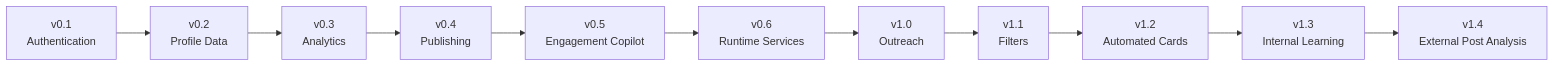
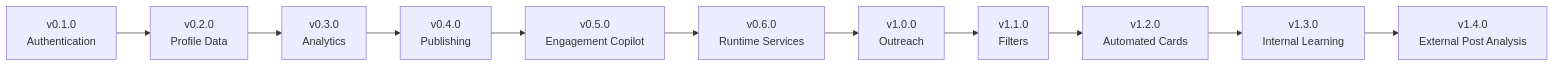
The second of 3 diagrams in README.md (ianmaciel7/linkedin-agent), drawn with Mermaid before and after one commit. The commit also changed other lines of this file and 6 other files, not shown here.

````diff
--- a/README.md
+++ b/README.md
@@ -124,13 +126,13 @@
 ```mermaid
 flowchart LR
-    V01[v0.1<br/>Authentication] --> V02[v0.2<br/>Profile Data]
-    V02 --> V03[v0.3<br/>Analytics]
-    V03 --> V04[v0.4<br/>Publishing]
-    V04 --> V05[v0.5<br/>Engagement Copilot]
-    V05 --> V06[v0.6<br/>Runtime Services]
-    V06 --> V10[v1.0<br/>Outreach]
-    V10 --> V11[v1.1<br/>Filters]
-    V11 --> V12[v1.2<br/>Automated Cards]
-    V12 --> V13[v1.3<br/>Internal Learning]
-    V13 --> V14[v1.4<br/>External Post Analysis]
+    V010[v0.1.0<br/>Authentication] --> V020[v0.2.0<br/>Profile Data]
+    V020 --> V030[v0.3.0<br/>Analytics]
+    V030 --> V040[v0.4.0<br/>Publishing]
+    V040 --> V050[v0.5.0<br/>Engagement Copilot]
+    V050 --> V060[v0.6.0<br/>Runtime Services]
+    V060 --> V100[v1.0.0<br/>Outreach]
+    V100 --> V110[v1.1.0<br/>Filters]
+    V110 --> V120[v1.2.0<br/>Automated Cards]
+    V120 --> V130[v1.3.0<br/>Internal Learning]
+    V130 --> V140[v1.4.0<br/>External Post Analysis]
 ```
````
